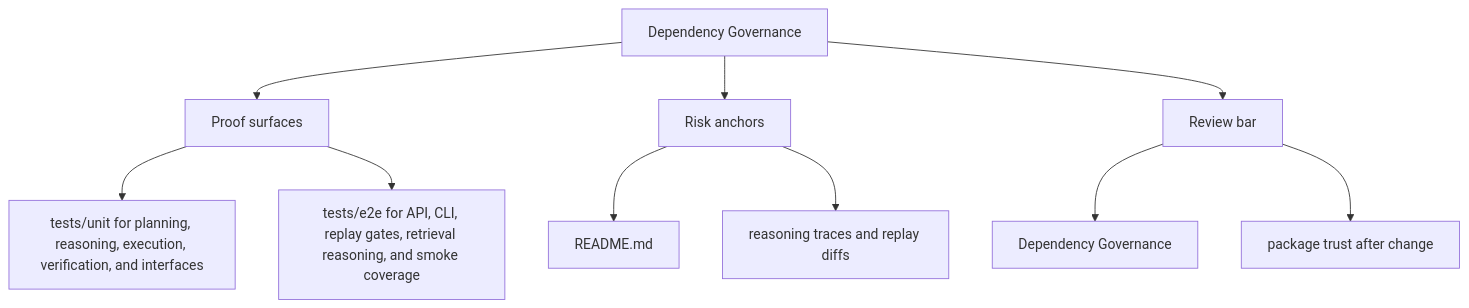
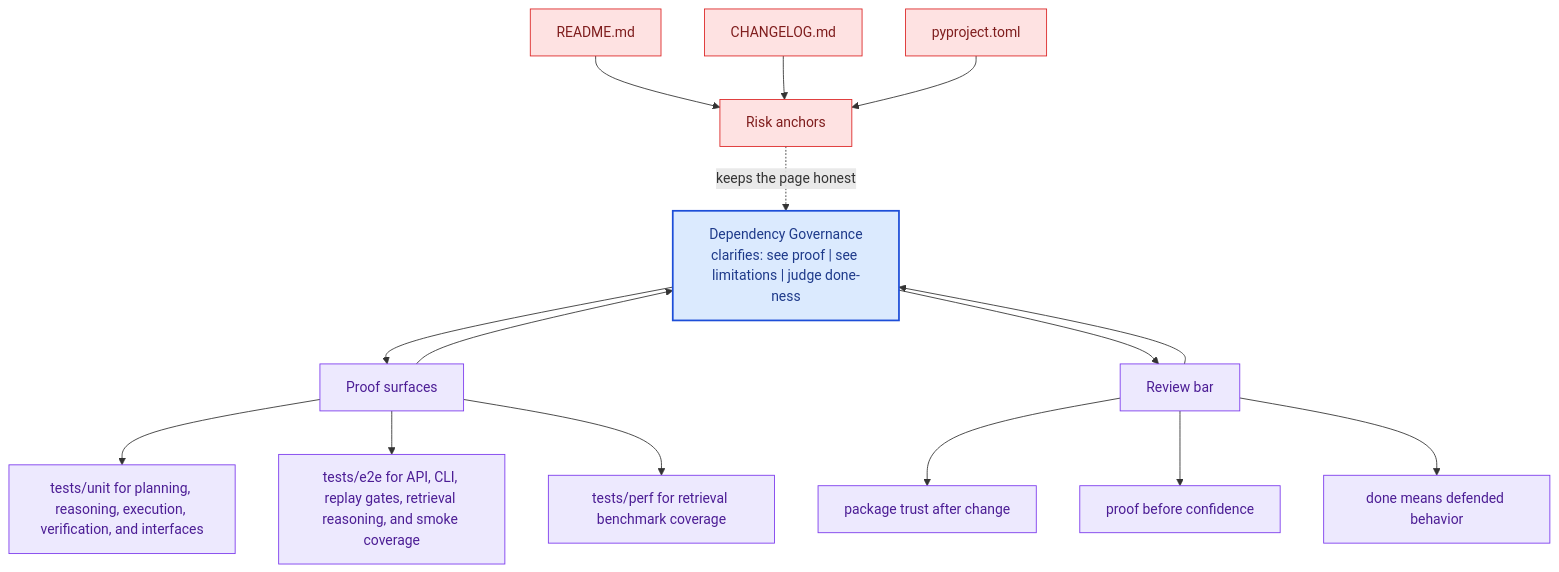
Before and after one commit to bijux/bijux-canon: the second of 2 diagrams in docs/bijux-canon-reason/quality/dependency-governance.md, drawn with Mermaid. The commit also changed other lines of this file and 281 other files, not shown here.

Commit message:
docs(diagrams): deepen handbook mermaid maps across the catalog

````diff
--- a/docs/bijux-canon-reason/quality/dependency-governance.md
+++ b/docs/bijux-canon-reason/quality/dependency-governance.md
@@ -35,22 +68,41 @@
 ```mermaid
-flowchart TD
-    page["Dependency Governance"]
+flowchart TB
+    promise["Dependency Governance<br/>clarifies: see proof | see limitations | judge done-ness"]
+    classDef promise fill:#dbeafe,stroke:#1d4ed8,color:#1e3a8a,stroke-width:2px;
+    classDef driver fill:#dcfce7,stroke:#16a34a,color:#14532d;
+    classDef constraint fill:#fee2e2,stroke:#dc2626,color:#7f1d1d;
+    classDef ground fill:#ede9fe,stroke:#7c3aed,color:#4c1d95;
     focus1["Proof surfaces"]
-    page --> focus1
+    focus1 --> promise
+    promise --> focus1
     focus1_1["tests/unit for planning, reasoning, execution, verification, and interfaces"]
     focus1 --> focus1_1
     focus1_2["tests/e2e for API, CLI, replay gates, retrieval reasoning, and smoke coverage"]
     focus1 --> focus1_2
+    focus1_3["tests/perf for retrieval benchmark coverage"]
+    focus1 --> focus1_3
+    class focus1 ground;
+    class focus1_1,focus1_2,focus1_3 ground;
     focus2["Risk anchors"]
-    page --> focus2
+    focus2 -.keeps the page honest.-> promise
     focus2_1["README.md"]
-    focus2 --> focus2_1
-    focus2_2["reasoning traces and replay diffs"]
-    focus2 --> focus2_2
+    focus2_1 --> focus2
+    focus2_2["CHANGELOG.md"]
+    focus2_2 --> focus2
+    focus2_3["pyproject.toml"]
+    focus2_3 --> focus2
+    class focus2 constraint;
+    class focus2_1,focus2_2,focus2_3 constraint;
     focus3["Review bar"]
-    page --> focus3
-    focus3_1["Dependency Governance"]
+    focus3 --> promise
+    promise --> focus3
+    focus3_1["package trust after change"]
     focus3 --> focus3_1
-    focus3_2["package trust after change"]
+    focus3_2["proof before confidence"]
     focus3 --> focus3_2
+    focus3_3["done means defended behavior"]
+    focus3 --> focus3_3
+    class focus3 ground;
+    class focus3_1,focus3_2,focus3_3 ground;
+    class promise promise;
 ```
````
